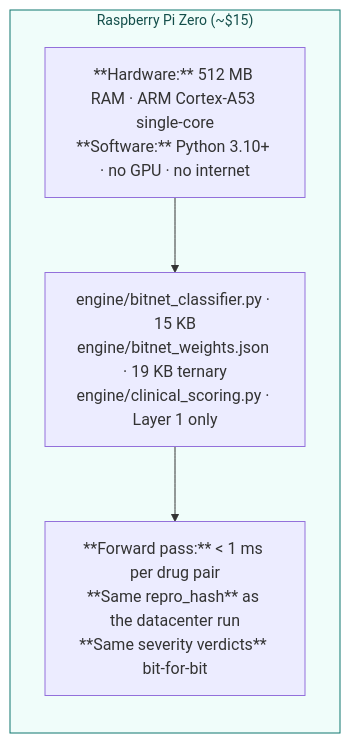
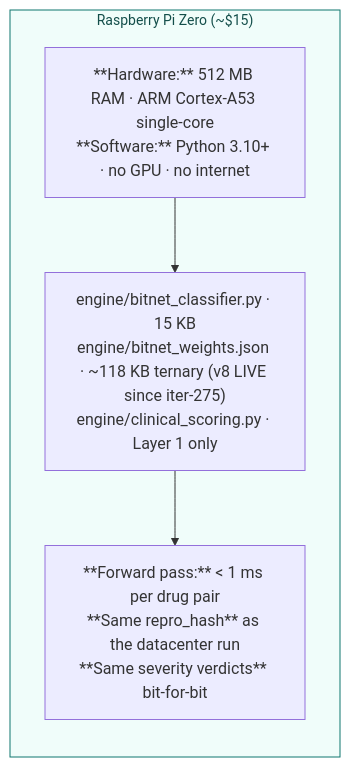
The third of 3 diagrams in docs/architecture.md (star-ga/clinicalmem), drawn with Mermaid before and after one commit. The commit also changed other lines of this file and 1 other file, not shown here.

````diff
--- a/docs/architecture.md
+++ b/docs/architecture.md
@@ -130,12 +130,12 @@
 ```mermaid
 flowchart TB
     subgraph PI["Raspberry Pi Zero (~$15)"]
         direction TB
         SPECS["**Hardware:** 512 MB RAM · ARM Cortex-A53 single-core<br/>**Software:** Python 3.10+ · no GPU · no internet"]
-        FILES["engine/bitnet_classifier.py · 15 KB<br/>engine/bitnet_weights.json · 19 KB ternary<br/>engine/clinical_scoring.py · Layer 1 only"]
+        FILES["engine/bitnet_classifier.py · 15 KB<br/>engine/bitnet_weights.json · ~118 KB ternary (v8 LIVE since iter-275)<br/>engine/clinical_scoring.py · Layer 1 only"]
         PERF["**Forward pass:** &lt; 1 ms per drug pair<br/>**Same repro_hash** as the datacenter run<br/>**Same severity verdicts** bit-for-bit"]
         SPECS --> FILES --> PERF
     end
     classDef edge fill:#F0FDFA,stroke:#0F766E,color:#134E4A,font-size:14px
     class PI edge
 ```
````
